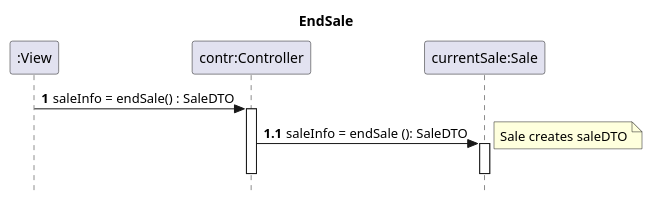
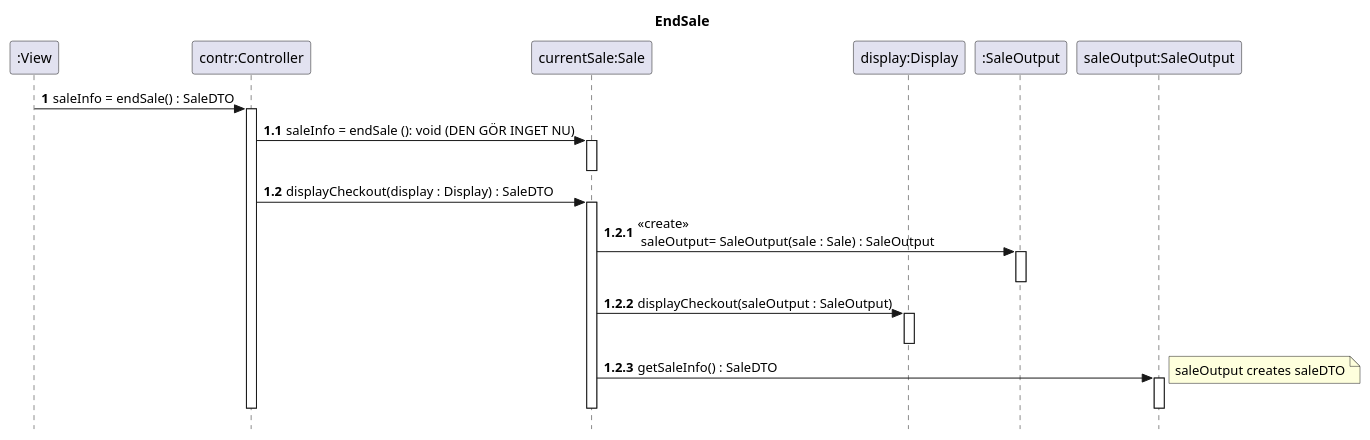
The sixth of 8 diagrams in uml/uml_v3.puml (blomquiste/kth-iv1350-POS), drawn with PlantUML before and after one commit. The commit also changed other lines of this file and 7 other files, not shown here.

First line of the commit message:
SaleInfo and DTO, Discount and UML (#21)

```diff
--- a/uml/uml_v3.puml
+++ b/uml/uml_v3.puml
@@ -477,20 +500,39 @@
 @startuml
 skinparam style strictuml
 title EndSale
 
 participant ":View" as View
 participant "contr:Controller" as contr
 participant "currentSale:Sale" as currentSale
+participant "display:Display" as display
+participant ":SaleOutput" as SaleOutput
+participant "saleOutput:SaleOutput" as saleOutput
 
 autonumber 1
 View -> contr : saleInfo = endSale() : SaleDTO
 activate contr
 autonumber 1.1
-contr -> currentSale : saleInfo = endSale (): SaleDTO
+contr -> currentSale : saleInfo = endSale (): void (DEN GÖR INGET NU)
 activate currentSale
 deactivate currentSale
+autonumber 1.2
+contr -> currentSale : displayCheckout(display : Display) : SaleDTO
+activate currentSale
+autonumber 1.2.1
+currentSale -> SaleOutput : <<create>> \n saleOutput= SaleOutput(sale : Sale) : SaleOutput
+activate SaleOutput
+deactivate SaleOutput
+autonumber 1.2.2
+currentSale -> display : displayCheckout(saleOutput : SaleOutput)
+activate display
+deactivate display
+autonumber 1.2.3
+currentSale -> saleOutput : getSaleInfo() : SaleDTO
+activate saleOutput
+deactivate saleOutput
+deactivate currentSale
 deactivate contr
-note right: Sale creates saleDTO
+note right: saleOutput creates saleDTO
 
 autonumber stop
 @enduml
```
